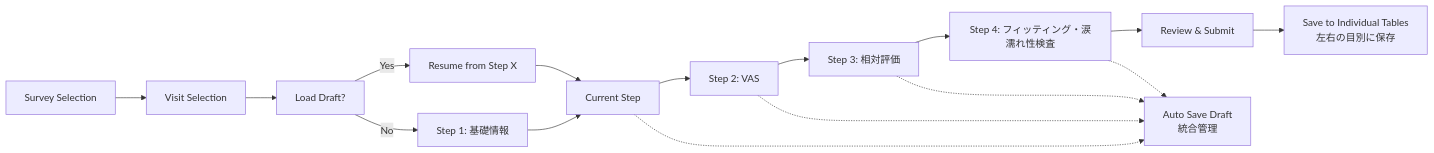
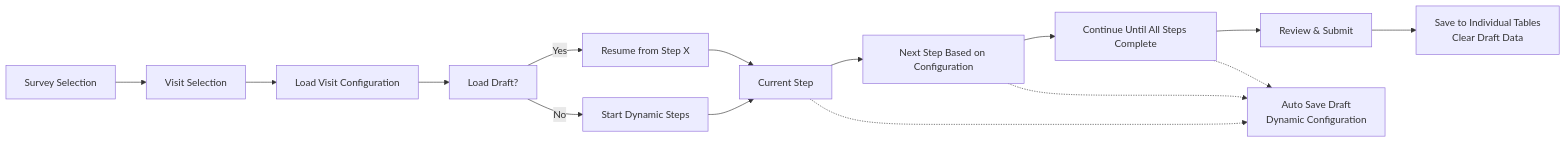
The second of 2 diagrams in .kiro/specs/clinical-trial-platform/design.md (Unpa0115/ClinicalTrialPlatform2), drawn with Mermaid before and after one commit. The commit also changed other lines of this file and 42 other files, not shown here.

````diff
--- a/.kiro/specs/clinical-trial-platform/design.md
+++ b/.kiro/specs/clinical-trial-platform/design.md
@@ -509,21 +1001,20 @@
 ```mermaid
 graph LR
     A[Survey Selection] --> B[Visit Selection]
-    B --> C[Load Draft?]
-    C -->|Yes| D[Resume from Step X]
-    C -->|No| E[Step 1: 基礎情報]
+    B --> C[Load Visit Configuration]
+    C --> D[Load Draft?]
+    D -->|Yes| E[Resume from Step X]
+    D -->|No| F[Start Dynamic Steps]
     
-    D --> F[Current Step]
-    E --> F
-    F --> G[Step 2: VAS]
-    G --> H[Step 3: 相対評価]
-    H --> I[Step 4: フィッティング・涙濡れ性検査]
+    E --> G[Current Step]
+    F --> G
+    G --> H[Next Step Based on Configuration]
+    H --> I[Continue Until All Steps Complete]
     I --> J[Review & Submit]
     
-    F -.-> K[Auto Save Draft<br/>統合管理]
-    G -.-> K
+    G -.-> K[Auto Save Draft<br/>Dynamic Configuration]
     H -.-> K
     I -.-> K
     
-    J --> L[Save to Individual Tables<br/>左右の目別に保存]
+    J --> L[Save to Individual Tables<br/>Clear Draft Data]
 ```
````
